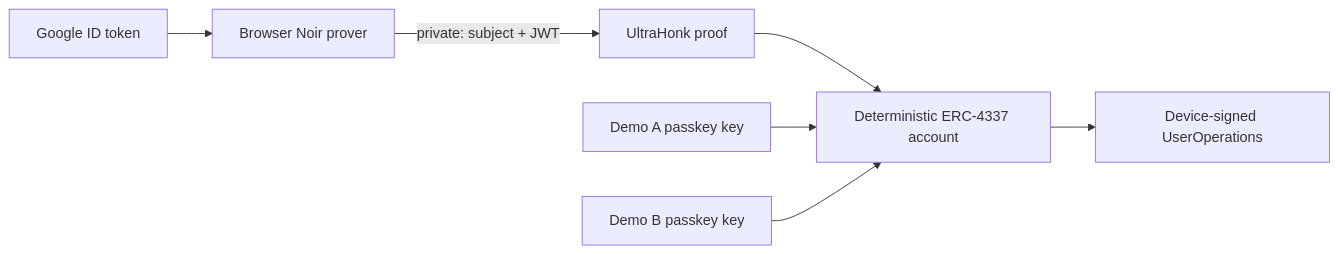
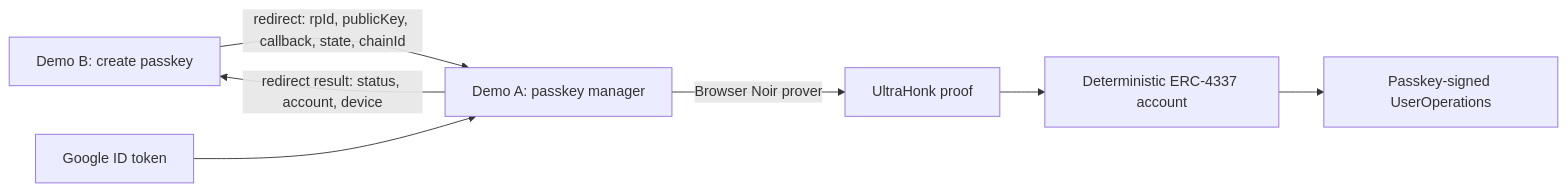
One commit to lavalleeale/zkaccount changed the diagram in README.md. Above: the diagram before and after it, drawn with Mermaid. The commit also changed other lines of this file and 52 other files, not shown here.

First line of the commit message:
Centralize Google authorization behind a redirect protocol

````diff
--- a/README.md
+++ b/README.md
@@ -22,9 +25,9 @@
 ```mermaid
 flowchart LR
-    G["Google ID token"] --> P["Browser Noir prover"]
-    P -->|"private: subject + JWT"| Z["UltraHonk proof"]
-    Z --> A["Deterministic ERC-4337 account"]
-    DA["Demo A passkey key"] --> A
-    DB["Demo B passkey key"] --> A
-    A --> U["Device-signed UserOperations"]
+    B["Demo B: create passkey"] -->|"redirect: rpId, publicKey, callback, state, chainId"| A
+    G["Google ID token"] --> A["Demo A: passkey manager"]
+    A -->|"Browser Noir prover"| Z["UltraHonk proof"]
+    Z --> C["Deterministic ERC-4337 account"]
+    A -->|"redirect result: status, account, device"| B
+    C --> U["Passkey-signed UserOperations"]
 ```
````
